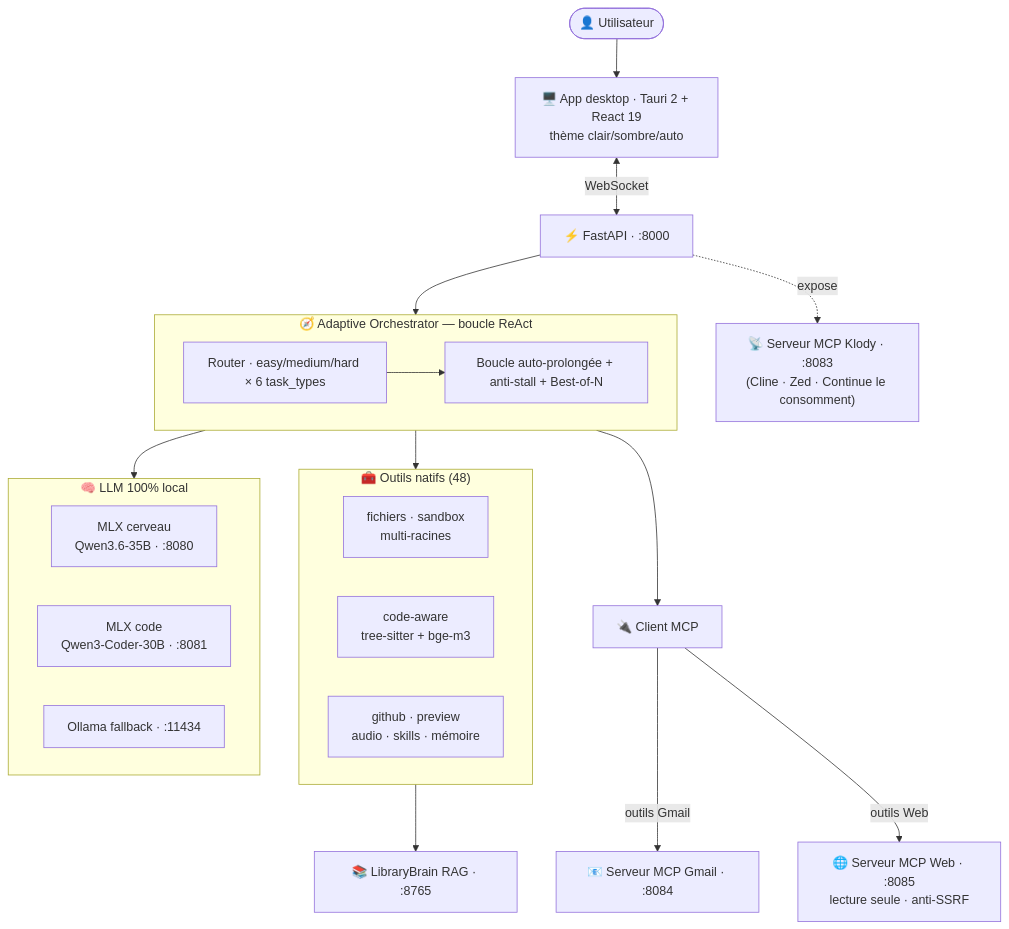
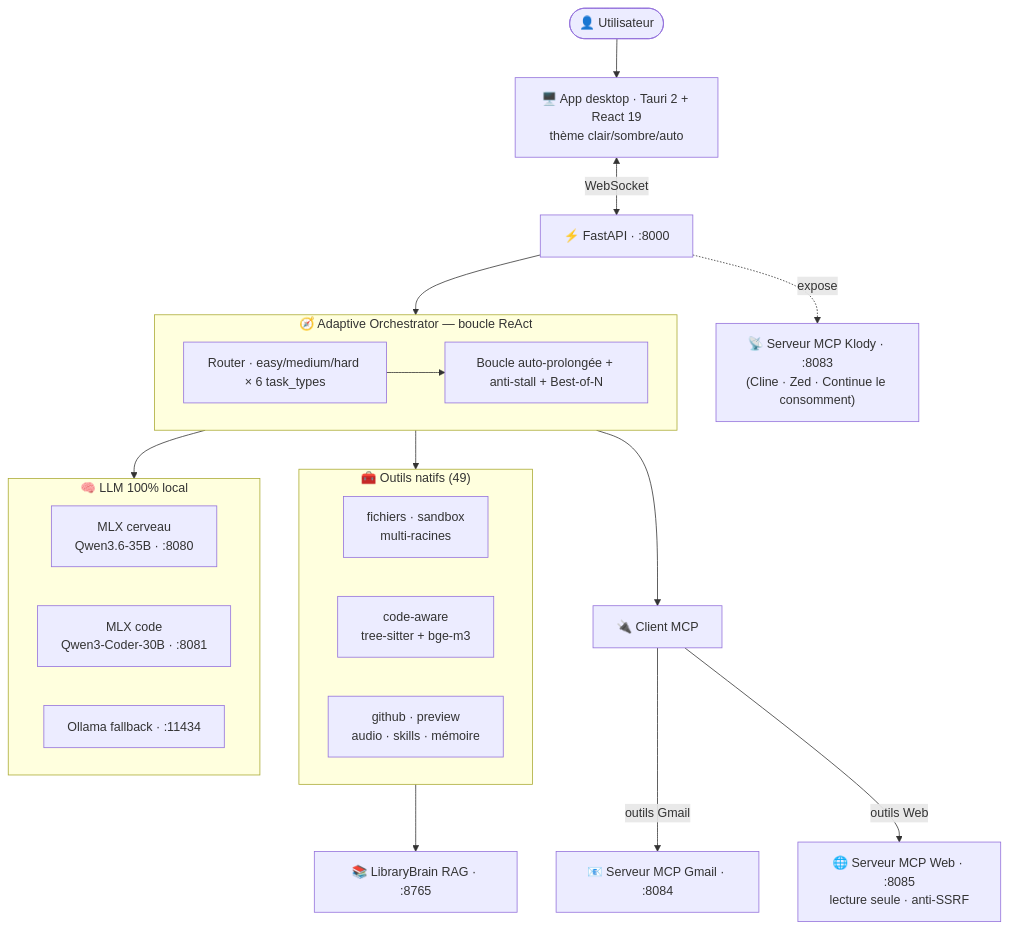
The diagram in README.md (klodynlov/klody-code-ai), drawn with Mermaid before and after one commit. The commit also changed other lines of this file and 7 other files, not shown here.

````diff
--- a/README.md
+++ b/README.md
@@ -50,36 +50,36 @@
 ```mermaid
 flowchart TD
     U([👤 Utilisateur]) --> UI["🖥️ App desktop · Tauri 2 + React 19<br/>thème clair/sombre/auto"]
     UI <-->|WebSocket| API["⚡ FastAPI · :8000"]
     API --> ORCH
 
     subgraph ORCH["🧭 Adaptive Orchestrator — boucle ReAct"]
         R["Router · easy/medium/hard × 6 task_types"]
         L["Boucle auto-prolongée + anti-stall + Best-of-N"]
         R --> L
     end
 
     ORCH --> TOOLS
     ORCH --> MCPC["🔌 Client MCP"]
     ORCH --> LLM
 
-    subgraph TOOLS["🧰 Outils natifs (48)"]
+    subgraph TOOLS["🧰 Outils natifs (49)"]
         direction LR
         T1["fichiers · sandbox<br/>multi-racines"]
         T2["code-aware<br/>tree-sitter + bge-m3"]
         T3["github · preview<br/>audio · skills · mémoire"]
     end
 
     MCPC -->|outils Gmail| GM["📧 Serveur MCP Gmail · :8084"]
     MCPC -->|outils Web| WB["🌐 Serveur MCP Web · :8085<br/>lecture seule · anti-SSRF"]
 
     subgraph LLM["🧠 LLM 100% local"]
         direction LR
         B["MLX cerveau<br/>Qwen3.6-35B · :8080"]
         C["MLX code<br/>Qwen3-Coder-30B · :8081"]
         O["Ollama fallback · :11434"]
     end
 
     TOOLS --> RAG["📚 LibraryBrain RAG · :8765"]
     API -.expose.-> MCPS["📡 Serveur MCP Klody · :8083<br/>(Cline · Zed · Continue le consomment)"]
 ```
````
